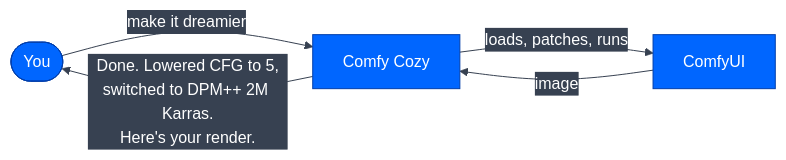
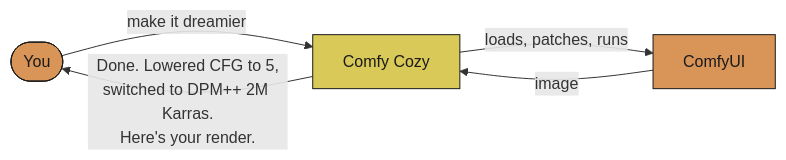
One commit to JosephOIbrahim/Comfy-Cozy changed the first of 27 diagrams in README.md. Above: the diagram before and after it, drawn with Mermaid. The commit also changed other lines of this file and 38 other files, not shown here.

````diff
--- a/README.md
+++ b/README.md
@@ -15,8 +15,12 @@
 ```mermaid
-%%{init: {'theme':'base','themeVariables': {'primaryColor':'#0066FF','primaryTextColor':'#ffffff','primaryBorderColor':'#003eaa','lineColor':'#374151','secondaryColor':'#374151','tertiaryColor':'#1f2937','fontFamily':'monospace'}}}%%
 graph LR
     You([You]) -->|"make it dreamier"| Agent[Comfy Cozy]
     Agent -->|loads, patches, runs| ComfyUI[ComfyUI]
     ComfyUI -->|image| Agent
     Agent -->|"Done. Lowered CFG to 5,<br/>switched to DPM++ 2M Karras.<br/>Here's your render."| You
+
+    classDef orange fill:#d99458,color:#1a1a1a,stroke:#1a1a1a
+    classDef yellow fill:#d9c958,color:#1a1a1a,stroke:#1a1a1a
+    class You,ComfyUI orange
+    class Agent yellow
 ```
````
